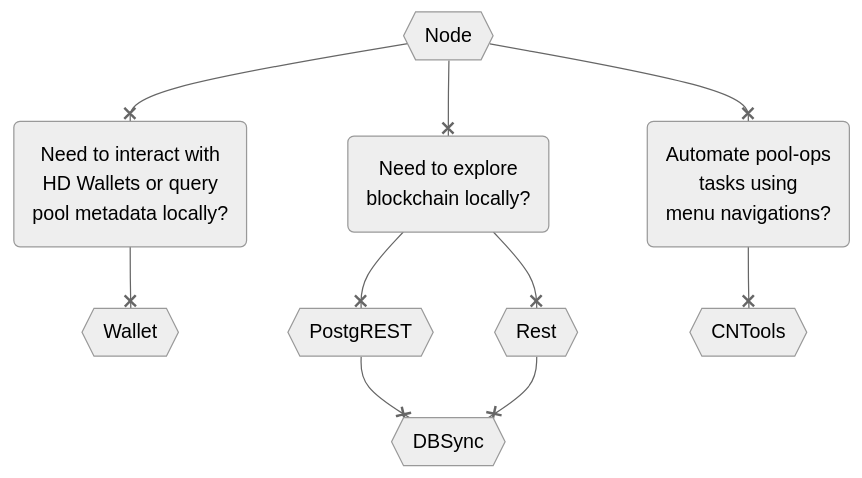
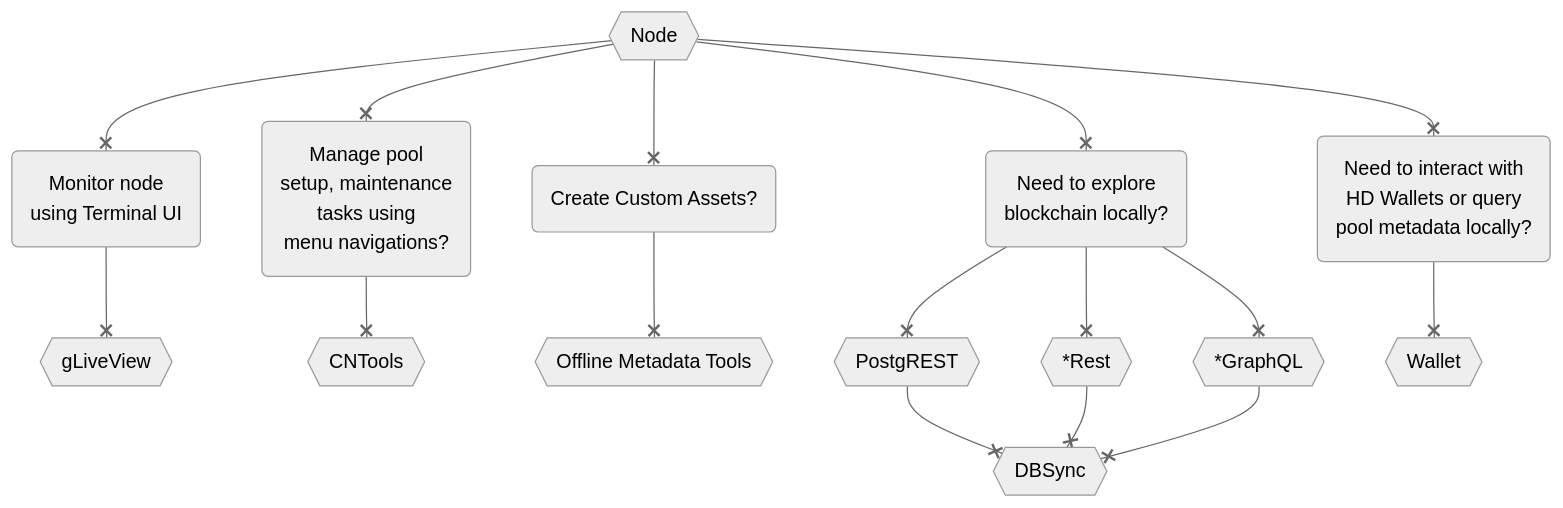
The diagram in docs/build.md (cardano-community/guild-operators), drawn with Mermaid (neutral theme) before and after one commit. The commit also changed other lines of this file and 5 other files, not shown here.

Commit message:
Typo for offchain-meta-tools, remove upgrade reminder for all pages, retire rest, add some info for offline workflow, and update build diagram

````diff
--- a/docs/build.md
+++ b/docs/build.md
@@ -7,19 +7,26 @@
 ```mermaid
 graph TB
   A(Need to interact with <br/>HD Wallets or query<br/> pool metadata locally?)
   B(Need to explore <br/> blockchain locally?)
-  C(Automate pool-ops <br/> tasks using <br/> menu navigations?)
+  C(Manage pool <br/> setup, maintenance <br/> tasks using <br/> menu navigations?)
+  D(Create Custom Assets?)
+  E(Monitor node <br/> using Terminal UI)
   O{{Node}}
   P{{PostgREST}}
   Q{{DBSync }}
   R{{Wallet}}
   S{{CNTools}}
-  T{{Rest}}
+  T{{*Rest}}
+  U{{*GraphQL}}
+  V{{Offline Metadata Tools}}
+  X{{gLiveView}}
 
-O --x A --x R
+O --x E --x X
+O --x C --x S
+O --x D --x V
 O --x B
 B --x P --x Q
 B --x T --x Q
-O --x C
-C --x S
+B --x U --x Q
+O --x A --x R
 ```
````
